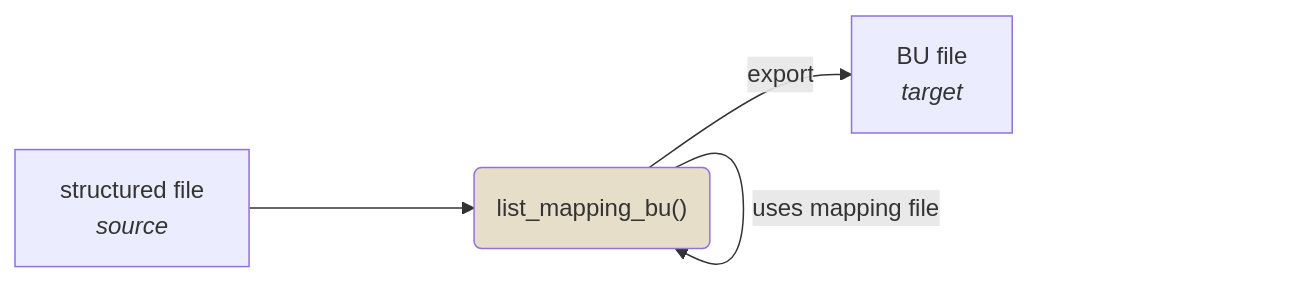
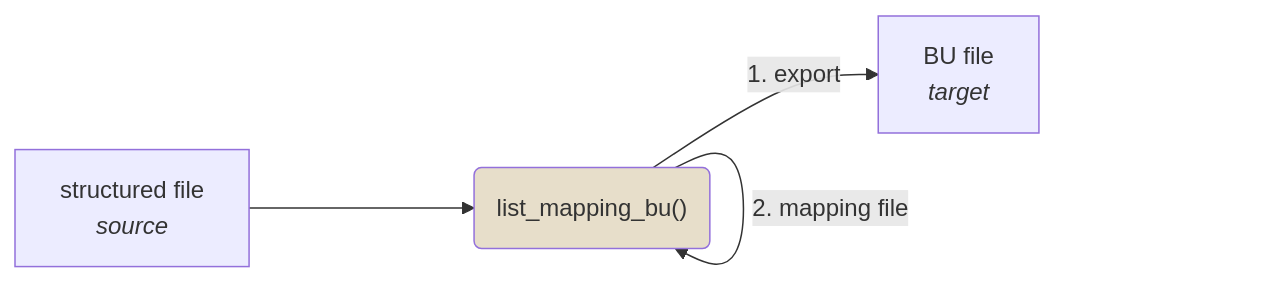
The third of 3 diagrams in README.md (eamena-project/eamenaR), drawn with Mermaid before and after one commit. The commit also changed other lines of this file, not shown here.

Commit message:
bu mapping

````diff
--- a/README.md
+++ b/README.md
@@ -181,7 +181,7 @@
 ```mermaid
 flowchart LR
     A[structured file<br><em>source</em>] ----> B("list_mapping_bu()"):::eamenaRfunction;;
-    B --uses mapping file--> B;
-    B --export--> C[BU file<br><em>target</em>];
+    B --2. mapping file--> B;
+    B --1. export--> C[BU file<br><em>target</em>];
     classDef eamenaRfunction fill:#e7deca;
 ```
````
